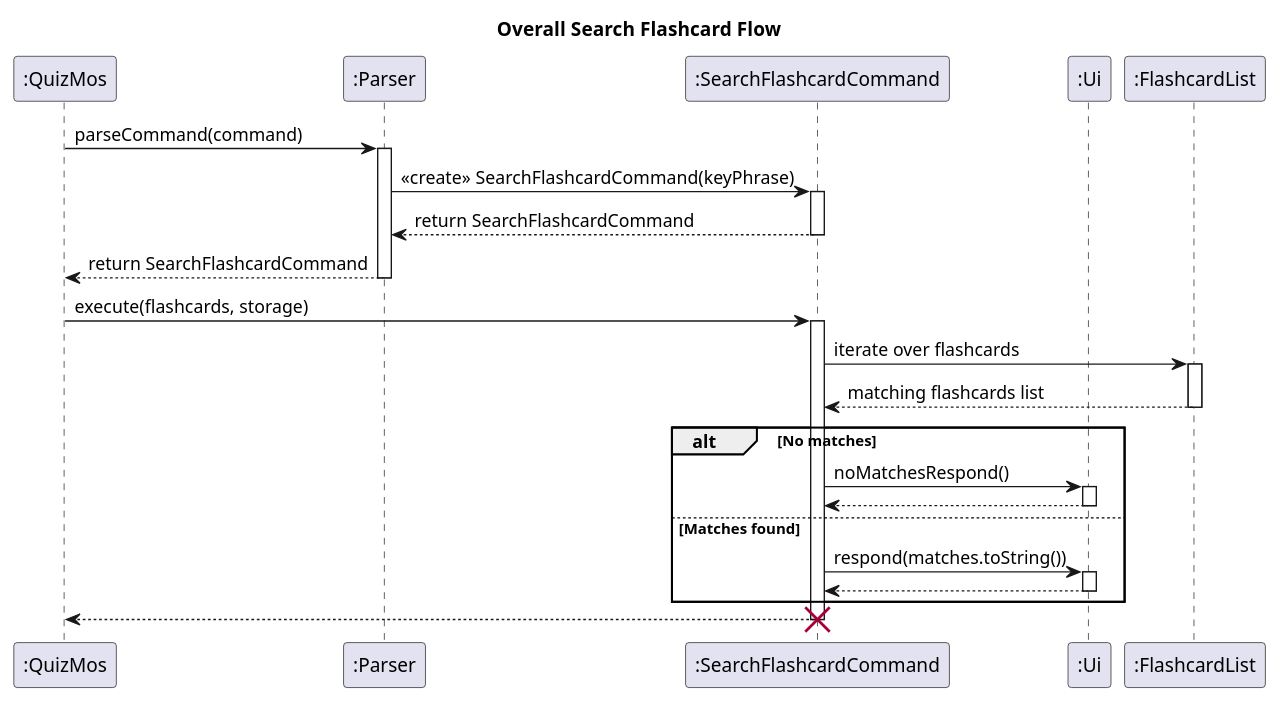
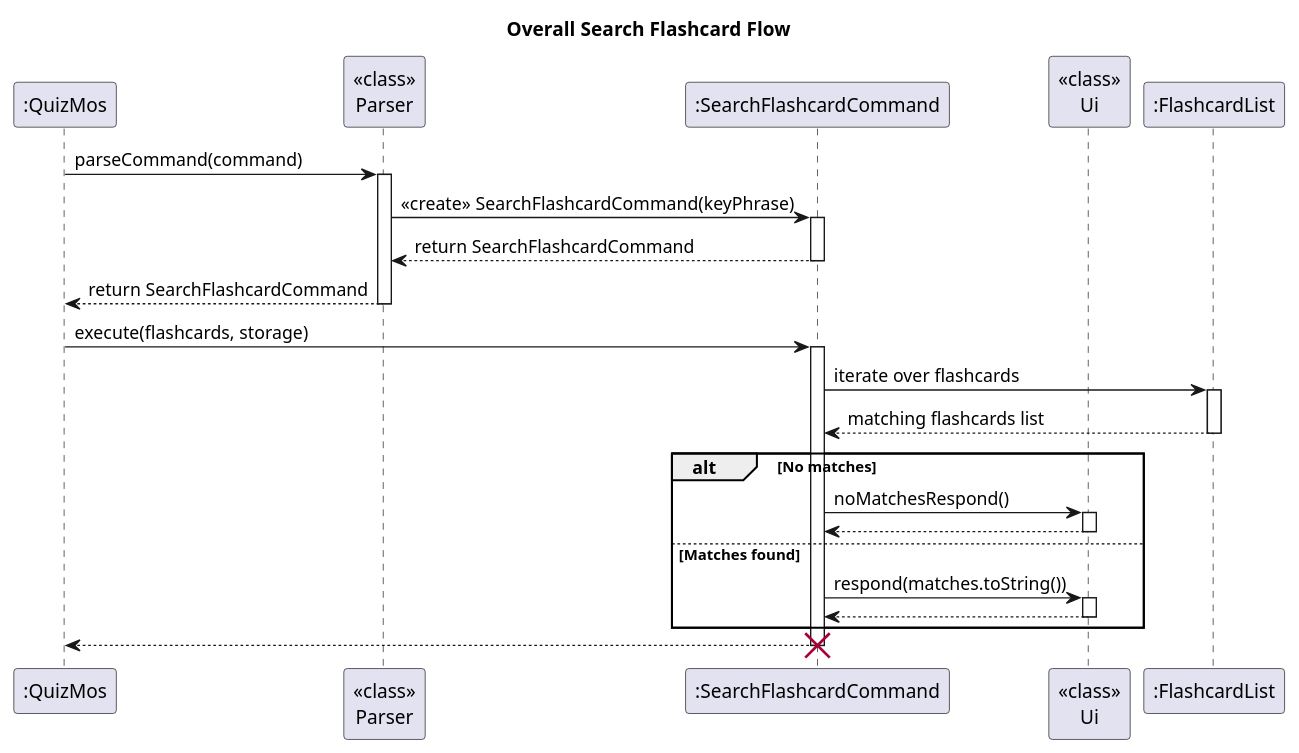
The diagram in docs/diagrams/SearchFlashcardFeature_Overall.puml (ashutoshalung/tp), drawn with PlantUML before and after one commit. The commit also changed 12 other files, not shown here.

Commit message:
Final version of DG diagrams

```diff
--- a/docs/diagrams/SearchFlashcardFeature_Overall.puml
+++ b/docs/diagrams/SearchFlashcardFeature_Overall.puml
@@ -1,48 +1,48 @@
 @startuml SearchFeature_Overall
 
 title Overall Search Flashcard Flow
 
 skinparam sequenceReferenceBackgroundColor #f7e37c
 
 participant ":QuizMos"
-participant ":Parser"
+participant "<<class>>\nParser"
 participant ":SearchFlashcardCommand"
-participant ":Ui"
+participant "<<class>>\nUi"
 participant ":FlashcardList"
 
-":QuizMos" -> ":Parser": parseCommand(command)
-activate ":Parser"
+":QuizMos" -> "<<class>>\nParser": parseCommand(command)
+activate "<<class>>\nParser"
 
-":Parser" -> ":SearchFlashcardCommand": <<create>> SearchFlashcardCommand(keyPhrase)
+"<<class>>\nParser" -> ":SearchFlashcardCommand": <<create>> SearchFlashcardCommand(keyPhrase)
 activate ":SearchFlashcardCommand"
-":SearchFlashcardCommand" --> ":Parser": return SearchFlashcardCommand
+":SearchFlashcardCommand" --> "<<class>>\nParser": return SearchFlashcardCommand
 deactivate ":SearchFlashcardCommand"
 
-":Parser" --> ":QuizMos": return SearchFlashcardCommand
-deactivate ":Parser"
+"<<class>>\nParser" --> ":QuizMos": return SearchFlashcardCommand
+deactivate "<<class>>\nParser"
 
 ":QuizMos" -> ":SearchFlashcardCommand": execute(flashcards, storage)
 activate ":SearchFlashcardCommand"
 
 ":SearchFlashcardCommand" -> ":FlashcardList": iterate over flashcards
 activate ":FlashcardList"
 ":FlashcardList" --> ":SearchFlashcardCommand": matching flashcards list
 deactivate ":FlashcardList"
 
 alt No matches
-    ":SearchFlashcardCommand" -> ":Ui": noMatchesRespond()
-    activate ":Ui"
-    ":Ui" --> ":SearchFlashcardCommand"
-    deactivate ":Ui"
+    ":SearchFlashcardCommand" -> "<<class>>\nUi": noMatchesRespond()
+    activate "<<class>>\nUi"
+    "<<class>>\nUi" --> ":SearchFlashcardCommand"
+    deactivate "<<class>>\nUi"
 else Matches found
-    ":SearchFlashcardCommand" -> ":Ui": respond(matches.toString())
-    activate ":Ui"
-    ":Ui" --> ":SearchFlashcardCommand"
-    deactivate ":Ui"
+    ":SearchFlashcardCommand" -> "<<class>>\nUi": respond(matches.toString())
+    activate "<<class>>\nUi"
+    "<<class>>\nUi" --> ":SearchFlashcardCommand"
+    deactivate "<<class>>\nUi"
 end
 
 ":SearchFlashcardCommand" --> ":QuizMos"
 deactivate ":SearchFlashcardCommand"
 destroy ":SearchFlashcardCommand"
 
 @enduml
```
